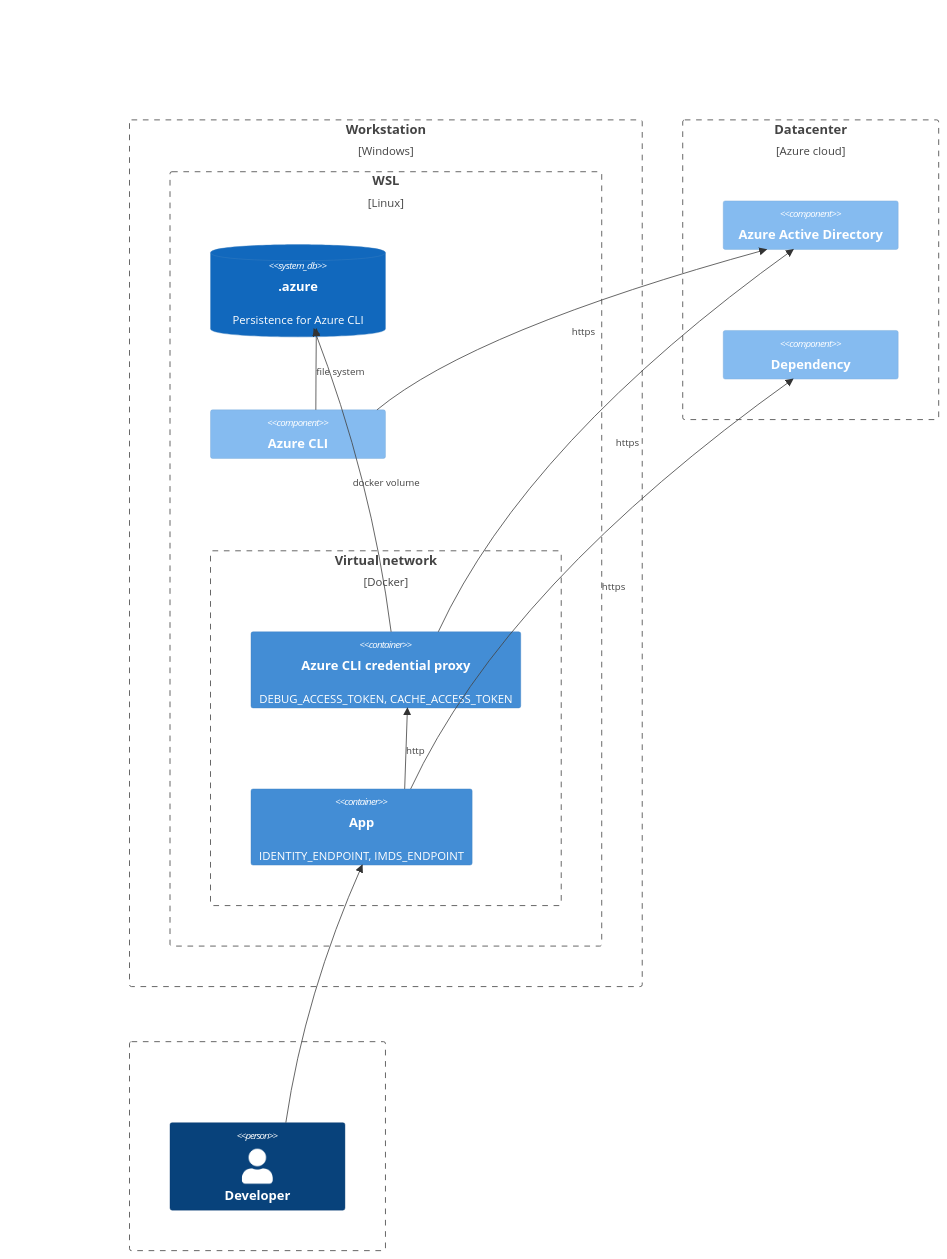
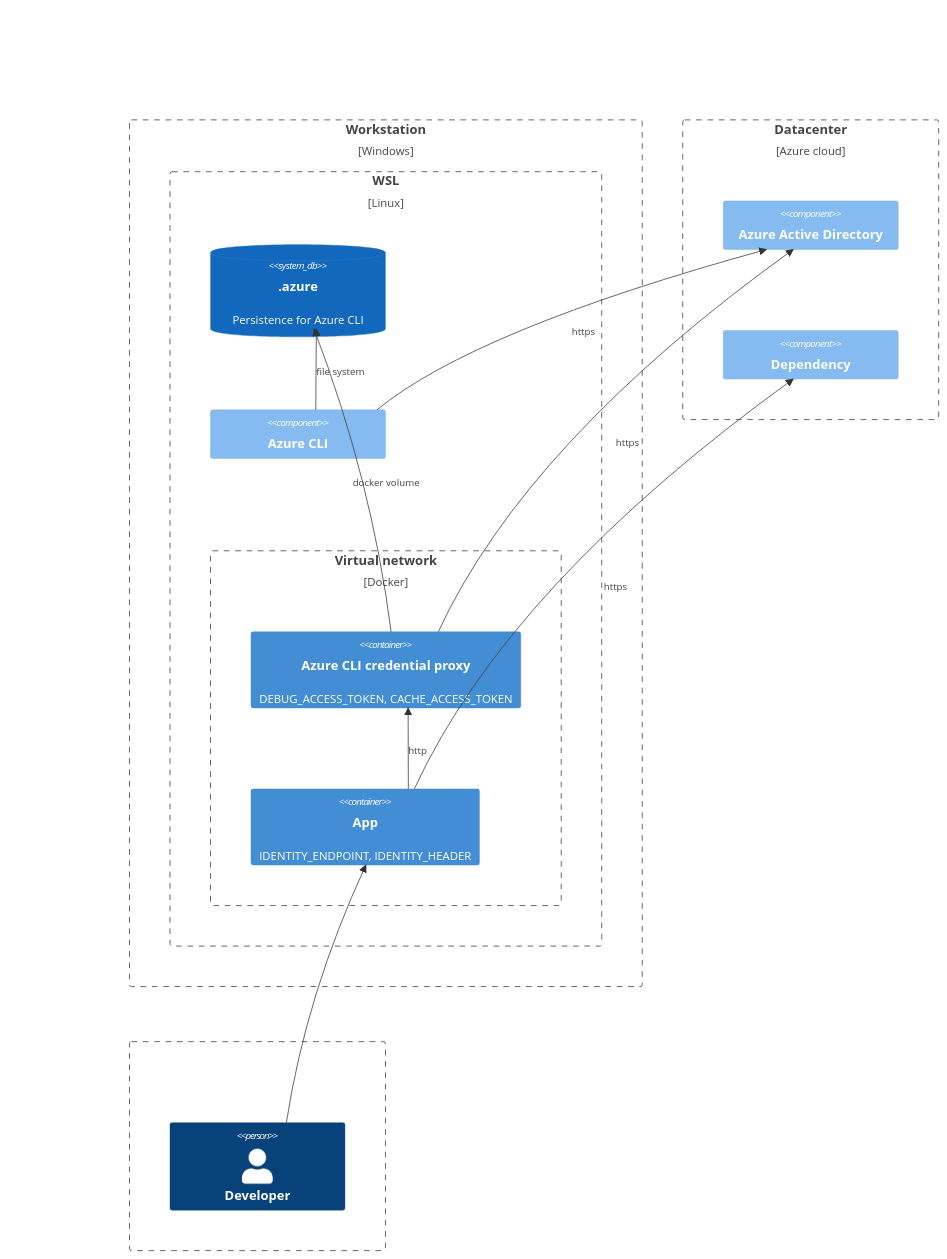
Before and after one commit to ClassonConsultingAB/AzCliCredentialProxy: the diagram in README.md, drawn with Mermaid. The commit also changed other lines of this file and 5 other files, not shown here.

````diff
--- a/README.md
+++ b/README.md
@@ -11,29 +11,29 @@
 ```mermaid
 C4Context
     Boundary(workstation, "Workstation", "Windows") {
         Boundary(wsl, "WSL", "Linux") {
             Boundary(dockerNetwork, "Virtual network", "Docker") {
                 Container(credentialProxy, "Azure CLI credential proxy", "", "DEBUG_ACCESS_TOKEN, CACHE_ACCESS_TOKEN")
-                Container(app, "App", "", "IDENTITY_ENDPOINT, IMDS_ENDPOINT")
+                Container(app, "App", "", "IDENTITY_ENDPOINT, IDENTITY_HEADER")
             }
             SystemDb(azureCliFiles, ".azure", "Persistence for Azure CLI")
             Component(azureCli, "Azure CLI")
         }
     }
     Boundary(azure, "Datacenter", "Azure cloud") {
         Component(aad, "Azure Active Directory")
         Component(dependency, "Dependency")
     }
     Boundary(realWorld, "", "") {
         Person(user, "Developer")
     }
 
     Rel(app, credentialProxy, "http")
     Rel(azureCli, azureCliFiles, "file system")
     Rel(credentialProxy, azureCliFiles, "docker volume")
     Rel(credentialProxy, aad, "https")
     Rel(azureCli, aad, "https")
     Rel(app, dependency, "https")
 
     Rel(user, app, "")
 ```
````
